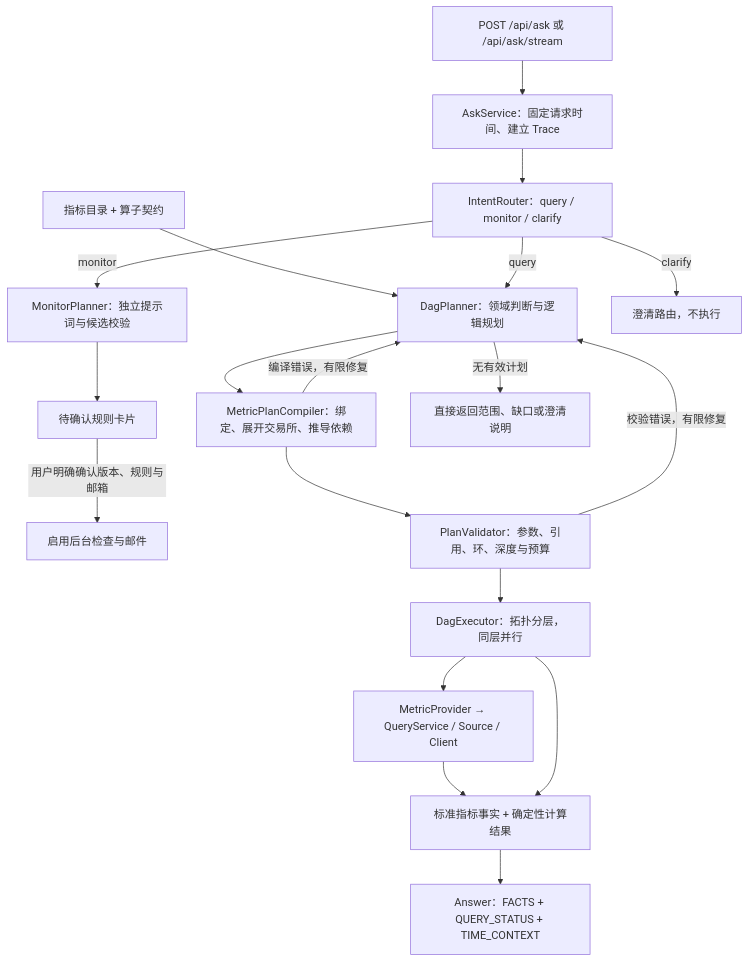
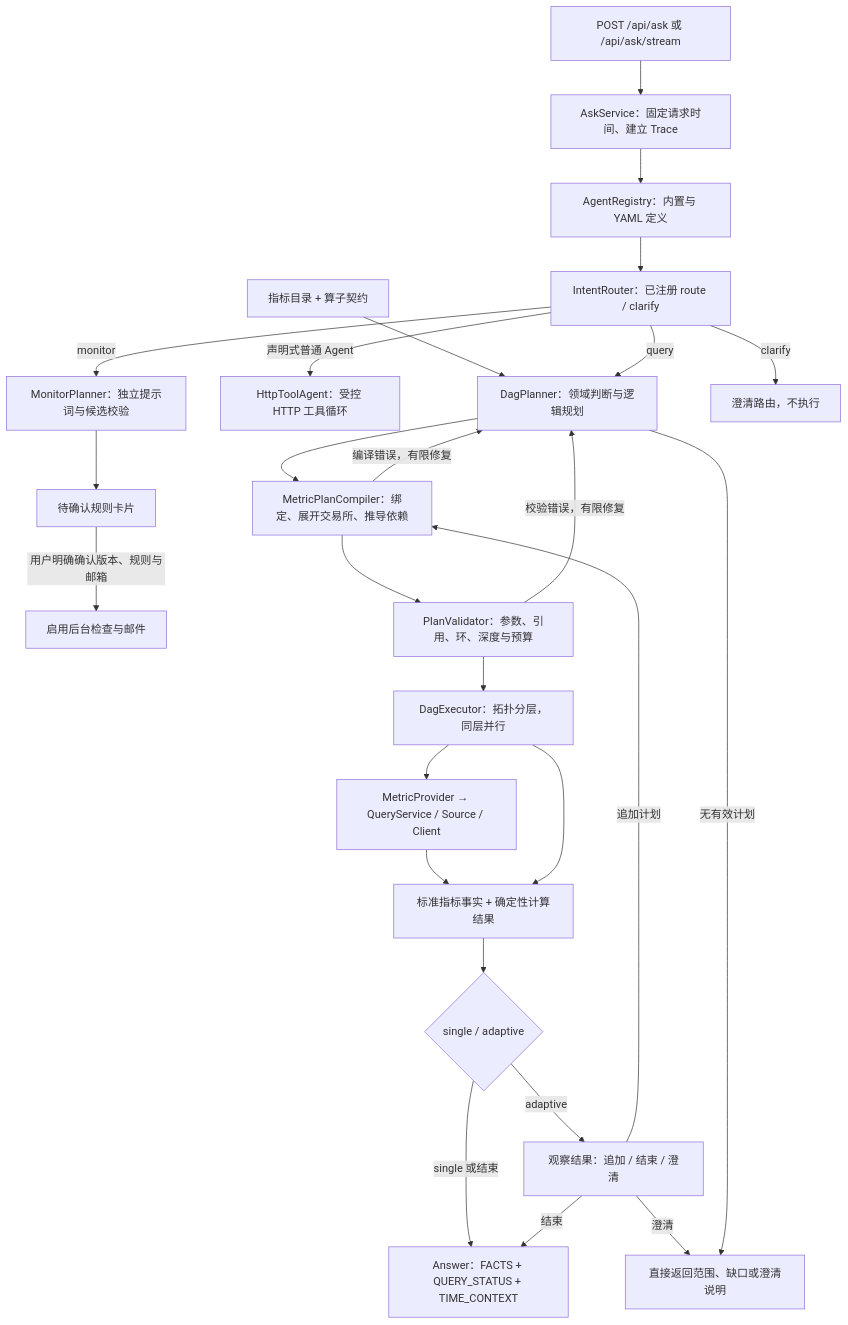
The diagram in README.md (wztbbs/MarketPilot), drawn with Mermaid before and after one commit. The commit also changed other lines of this file and 56 other files, not shown here.

````diff
--- a/README.md
+++ b/README.md
@@ -60,21 +71,28 @@
 ```mermaid
 flowchart TD
     Q[POST /api/ask 或 /api/ask/stream] --> S[AskService：固定请求时间、建立 Trace]
     M[指标目录 + 算子契约] --> P[DagPlanner：领域判断与逻辑规划]
-    S --> R0[IntentRouter：query / monitor / clarify]
+    S --> REG[AgentRegistry：内置与 YAML 定义]
+    REG --> R0[IntentRouter：已注册 route / clarify]
+    R0 -->|声明式普通 Agent| HTTP[HttpToolAgent：受控 HTTP 工具循环]
     R0 -->|query| P
     R0 -->|monitor| MP[MonitorPlanner：独立提示词与候选校验]
     MP --> MD[待确认规则卡片]
     MD -->|用户明确确认版本、规则与邮箱| MC[启用后台检查与邮件]
     R0 -->|clarify| RC[澄清路由，不执行]
     P --> C[MetricPlanCompiler：绑定、展开交易所、推导依赖]
     C --> V[PlanValidator：参数、引用、环、深度与预算]
     C -->|编译错误，有限修复| P
     V -->|校验错误，有限修复| P
     V --> E[DagExecutor：拓扑分层，同层并行]
     E --> R[MetricProvider → QueryService / Source / Client]
     R --> F[标准指标事实 + 确定性计算结果]
     E --> F
-    F --> A[Answer：FACTS + QUERY_STATUS + TIME_CONTEXT]
+    F --> MODE{single / adaptive}
+    MODE -->|single 或结束| A[Answer：FACTS + QUERY_STATUS + TIME_CONTEXT]
+    MODE -->|adaptive| OBS[观察结果：追加 / 结束 / 澄清]
+    OBS -->|追加计划| C
+    OBS -->|结束| A
+    OBS -->|澄清| D
     P -->|无有效计划| D[直接返回范围、缺口或澄清说明]
 ```
````
